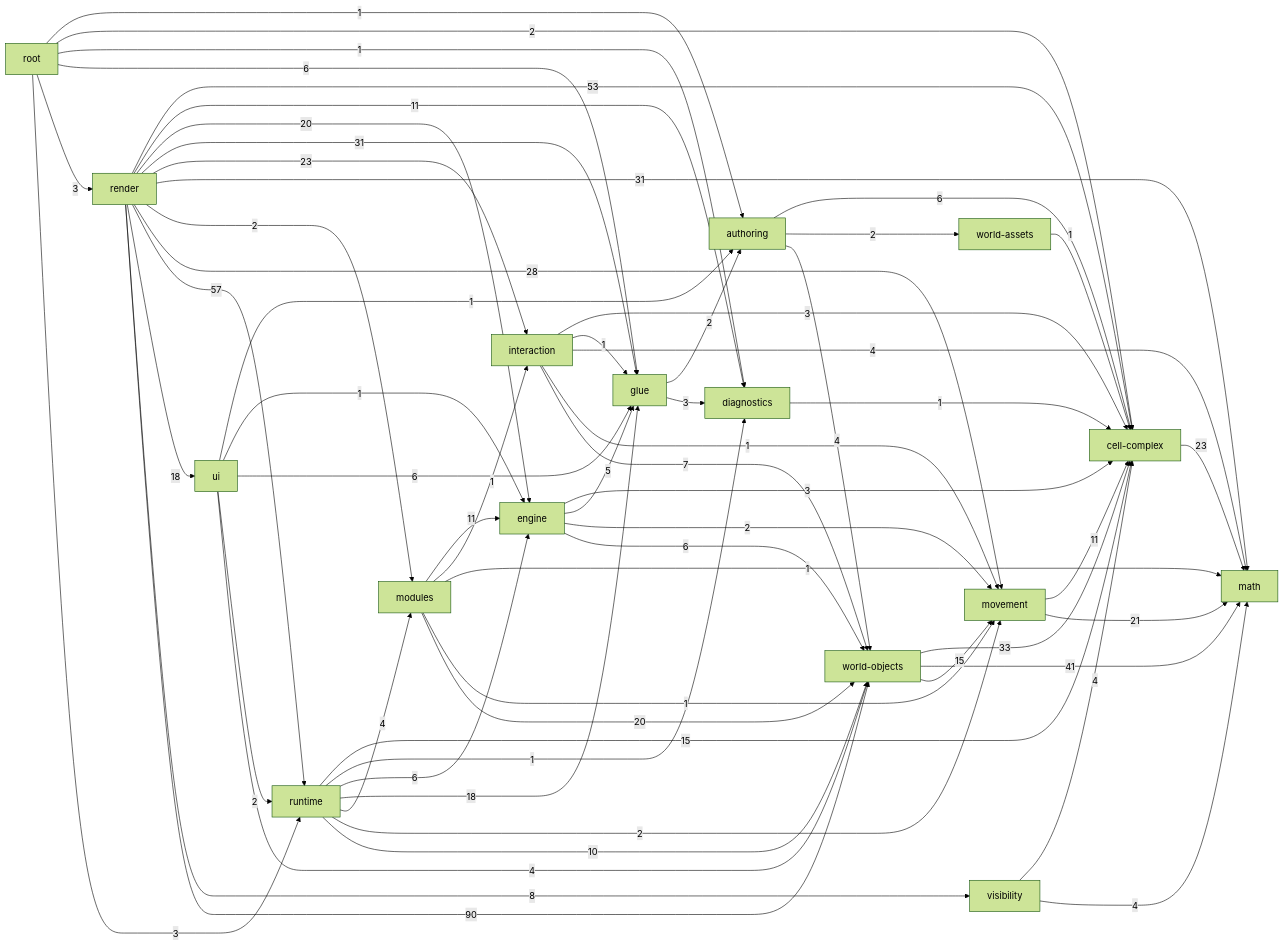
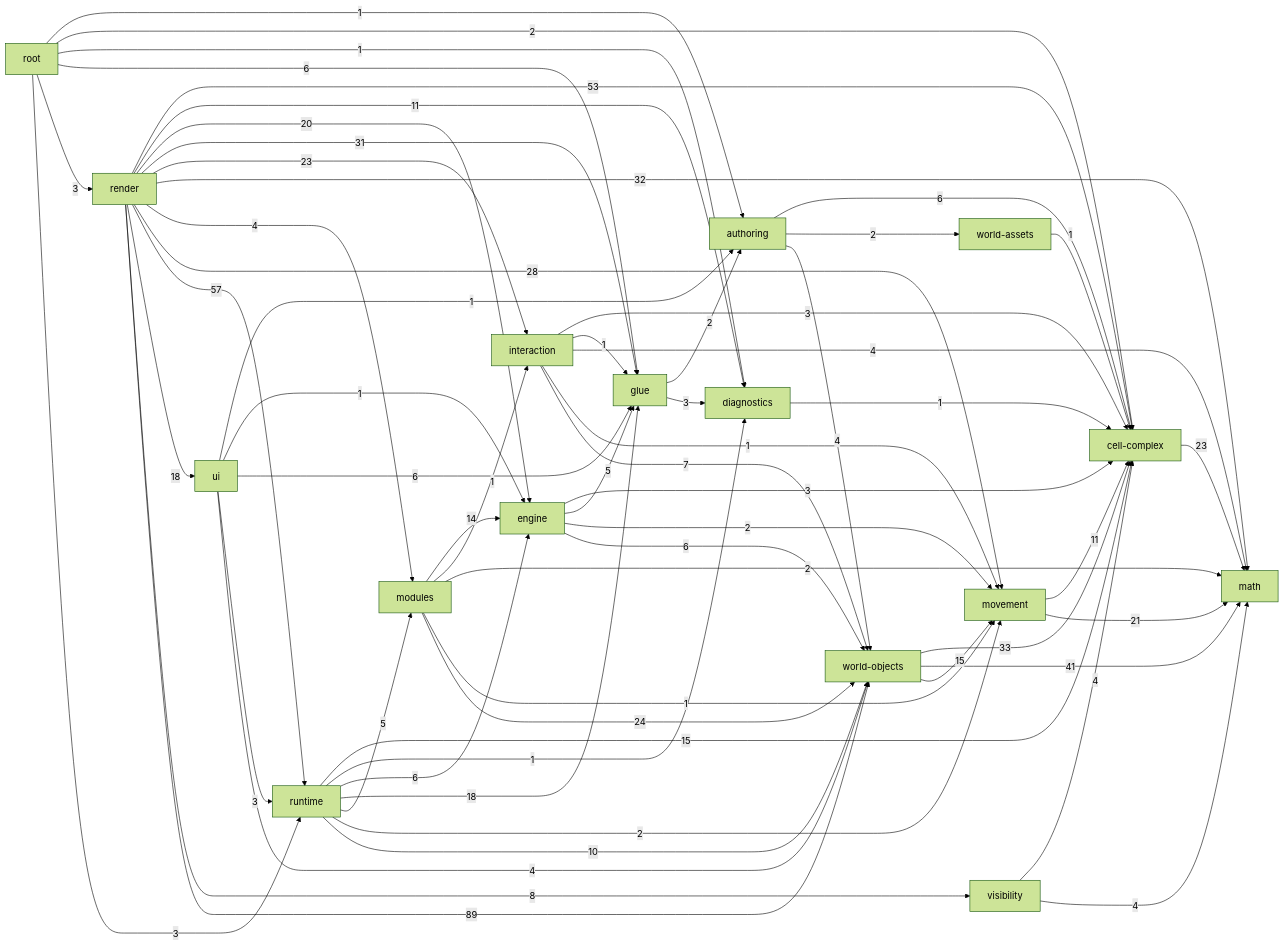
One commit to guraltsev/noneuclid-fpv changed the diagram in _docs/generated/ARCHITECTURE_REFERENCE.md. Above: the diagram before and after it, drawn with Mermaid (forest theme). The commit also changed other lines of this file and 33 other files, not shown here.

````diff
--- a/_docs/generated/ARCHITECTURE_REFERENCE.md
+++ b/_docs/generated/ARCHITECTURE_REFERENCE.md
@@ -37,78 +37,78 @@
 ```mermaid
 flowchart LR
   math["math"]
   cell_complex["cell-complex"]
   diagnostics["diagnostics"]
   visibility["visibility"]
   movement["movement"]
   world_assets["world-assets"]
   world_objects["world-objects"]
   authoring["authoring"]
   glue["glue"]
   interaction["interaction"]
   engine["engine"]
   modules["modules"]
   runtime["runtime"]
   ui["ui"]
   render["render"]
   root["root"]
   authoring -->|6| cell_complex
   authoring -->|2| world_assets
   authoring -->|4| world_objects
   cell_complex -->|23| math
   diagnostics -->|1| cell_complex
   engine -->|3| cell_complex
   engine -->|5| glue
   engine -->|2| movement
   engine -->|6| world_objects
   glue -->|2| authoring
   glue -->|3| diagnostics
   interaction -->|3| cell_complex
   interaction -->|1| glue
   interaction -->|4| math
   interaction -->|1| movement
   interaction -->|7| world_objects
-  modules -->|11| engine
+  modules -->|14| engine
   modules -->|1| interaction
-  modules -->|1| math
+  modules -->|2| math
   modules -->|1| movement
-  modules -->|20| world_objects
+  modules -->|24| world_objects
   movement -->|11| cell_complex
   movement -->|21| math
   render -->|53| cell_complex
   render -->|11| diagnostics
   render -->|20| engine
   render -->|31| glue
   render -->|23| interaction
-  render -->|31| math
-  render -->|2| modules
+  render -->|32| math
+  render -->|4| modules
   render -->|28| movement
   render -->|57| runtime
   render -->|18| ui
   render -->|8| visibility
-  render -->|90| world_objects
+  render -->|89| world_objects
   root -->|1| authoring
   root -->|2| cell_complex
   root -->|1| diagnostics
   root -->|6| glue
   root -->|3| render
   root -->|3| runtime
   runtime -->|15| cell_complex
   runtime -->|1| diagnostics
   runtime -->|6| engine
   runtime -->|18| glue
-  runtime -->|4| modules
+  runtime -->|5| modules
   runtime -->|2| movement
   runtime -->|10| world_objects
   ui -->|1| authoring
   ui -->|1| engine
   ui -->|6| glue
-  ui -->|2| runtime
+  ui -->|3| runtime
   ui -->|4| world_objects
   visibility -->|4| cell_complex
   visibility -->|4| math
   world_assets -->|1| cell_complex
   world_objects -->|33| cell_complex
   world_objects -->|41| math
   world_objects -->|15| movement
 ```
````
